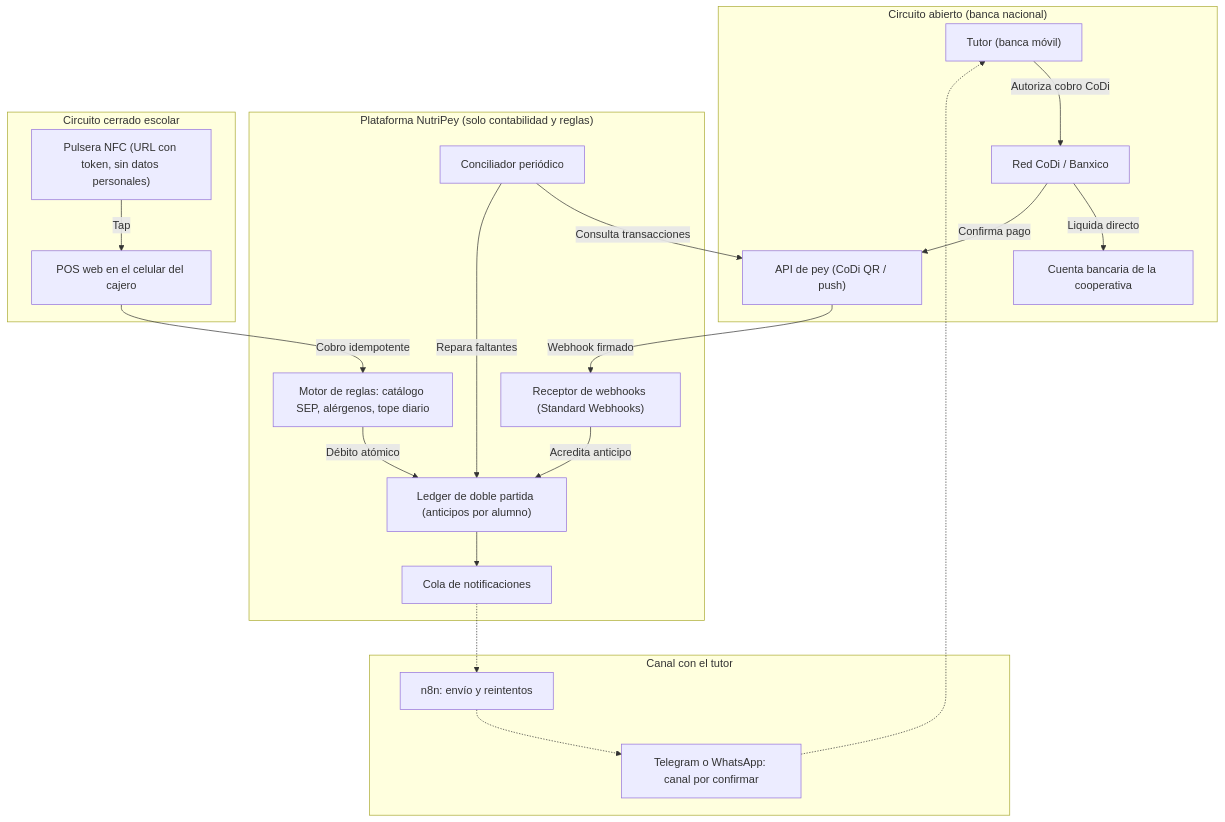
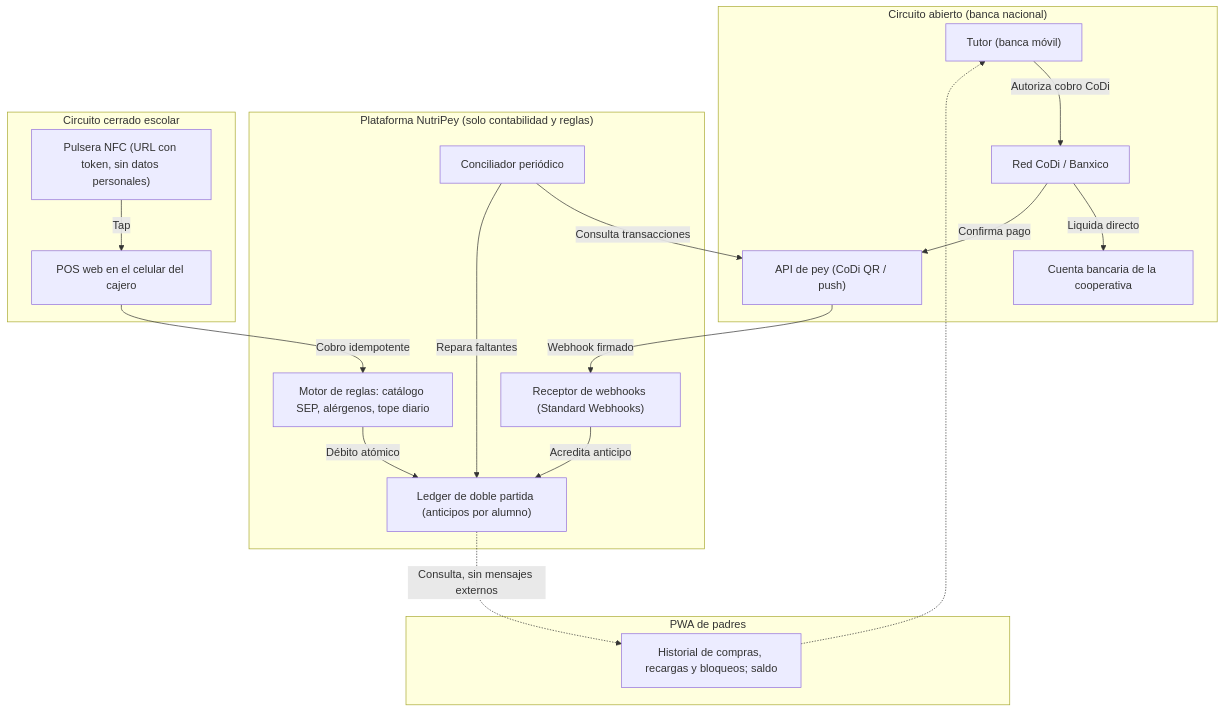
One commit to rslnt1270/NutriPey_Hackathon_CDMX_2026 changed the diagram in README.md. Above: the diagram before and after it, drawn with Mermaid. The commit also changed other lines of this file and 14 other files, not shown here.

First line of the commit message:
docs(contratos): propuesta v1 del ledger e historial del tutor (#4) (#38)

````diff
--- a/README.md
+++ b/README.md
@@ -24,41 +24,37 @@
 ```mermaid
 flowchart TD
     subgraph CircuitoAbierto ["Circuito abierto (banca nacional)"]
         Padre["Tutor (banca móvil)"]
         Banxico["Red CoDi / Banxico"]
         PeyAPI["API de pey (CoDi QR / push)"]
         CuentaCoop["Cuenta bancaria de la cooperativa"]
         Padre -->|Autoriza cobro CoDi| Banxico
         Banxico -->|Liquida directo| CuentaCoop
         Banxico -->|Confirma pago| PeyAPI
     end
 
     subgraph CorePlataforma ["Plataforma NutriPey (solo contabilidad y reglas)"]
         WebhookHandler["Receptor de webhooks (Standard Webhooks)"]
         Conciliador["Conciliador periódico"]
         Ledger["Ledger de doble partida (anticipos por alumno)"]
         RuleEngine["Motor de reglas: catálogo SEP, alérgenos, tope diario"]
-        Outbox["Cola de notificaciones"]
         PeyAPI -->|Webhook firmado| WebhookHandler
         Conciliador -->|Consulta transacciones| PeyAPI
         WebhookHandler -->|Acredita anticipo| Ledger
         Conciliador -->|Repara faltantes| Ledger
-        Ledger --> Outbox
     end
 
     subgraph CircuitoCerrado ["Circuito cerrado escolar"]
         Pulsera["Pulsera NFC (URL con token, sin datos personales)"]
         POS["POS web en el celular del cajero"]
         Pulsera -->|Tap| POS
         POS -->|Cobro idempotente| RuleEngine
         RuleEngine -->|Débito atómico| Ledger
     end
 
-    subgraph Notificaciones ["Canal con el tutor"]
-        N8N["n8n: envío y reintentos"]
-        WhatsApp["Telegram o WhatsApp: canal por confirmar"]
-        Outbox -.-> N8N
-        N8N -.-> WhatsApp
-        WhatsApp -.-> Padre
+    subgraph AppTutor ["PWA de padres"]
+        Historial["Historial de compras, recargas y bloqueos; saldo"]
+        Ledger -.->|Consulta, sin mensajes externos| Historial
+        Historial -.-> Padre
     end
 ```
````
